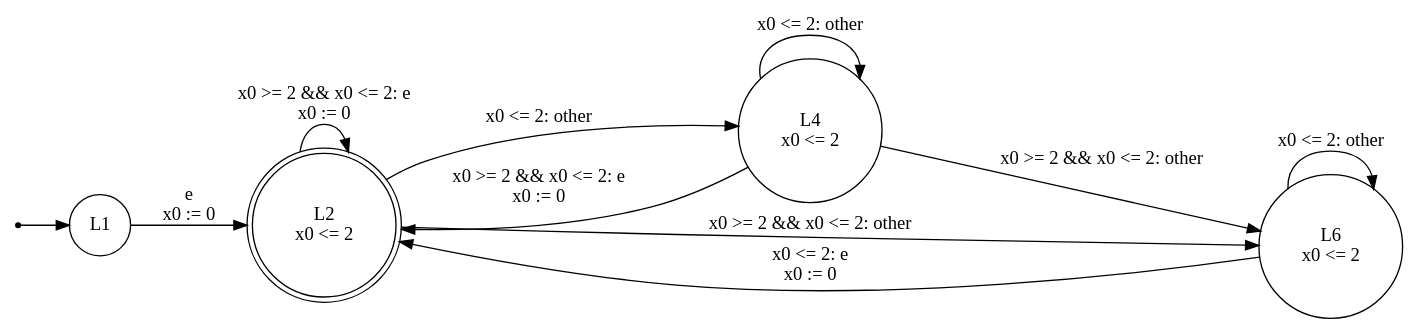
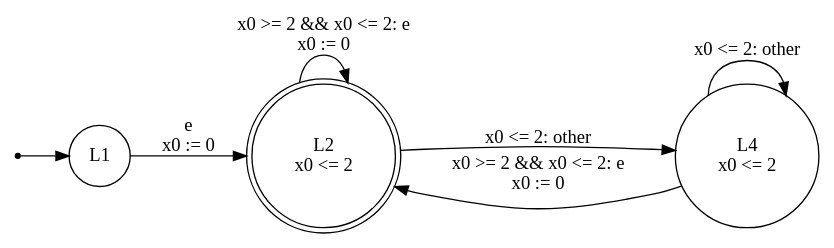
The diagram in evaluation/out/F13.dot (efares1/rocq-tba-optimization-uppaal-export), drawn with Graphviz before and after one commit. The commit also changed 148 other files, not shown here.

```diff
--- a/evaluation/out/F13.dot
+++ b/evaluation/out/F13.dot
@@ -1,19 +1,14 @@
 digraph TA {
   rankdir=LR;
   node [shape=circle];
   init [shape=point];
   init -> L1;
   L1 [shape=circle, label="L1"];
   L2 [shape=doublecircle, label="L2\nx0 <= 2"];
   L4 [shape=circle, label="L4\nx0 <= 2"];
-  L6 [shape=circle, label="L6\nx0 <= 2"];
   L1 -> L2 [label="e\nx0 := 0"];
   L2 -> L2 [label="x0 >= 2 && x0 <= 2: e\nx0 := 0"];
   L2 -> L4 [label="x0 <= 2: other"];
-  L2 -> L6 [label="x0 >= 2 && x0 <= 2: other"];
   L4 -> L2 [label="x0 >= 2 && x0 <= 2: e\nx0 := 0"];
   L4 -> L4 [label="x0 <= 2: other"];
-  L4 -> L6 [label="x0 >= 2 && x0 <= 2: other"];
-  L6 -> L2 [label="x0 <= 2: e\nx0 := 0"];
-  L6 -> L6 [label="x0 <= 2: other"];
 }
```
